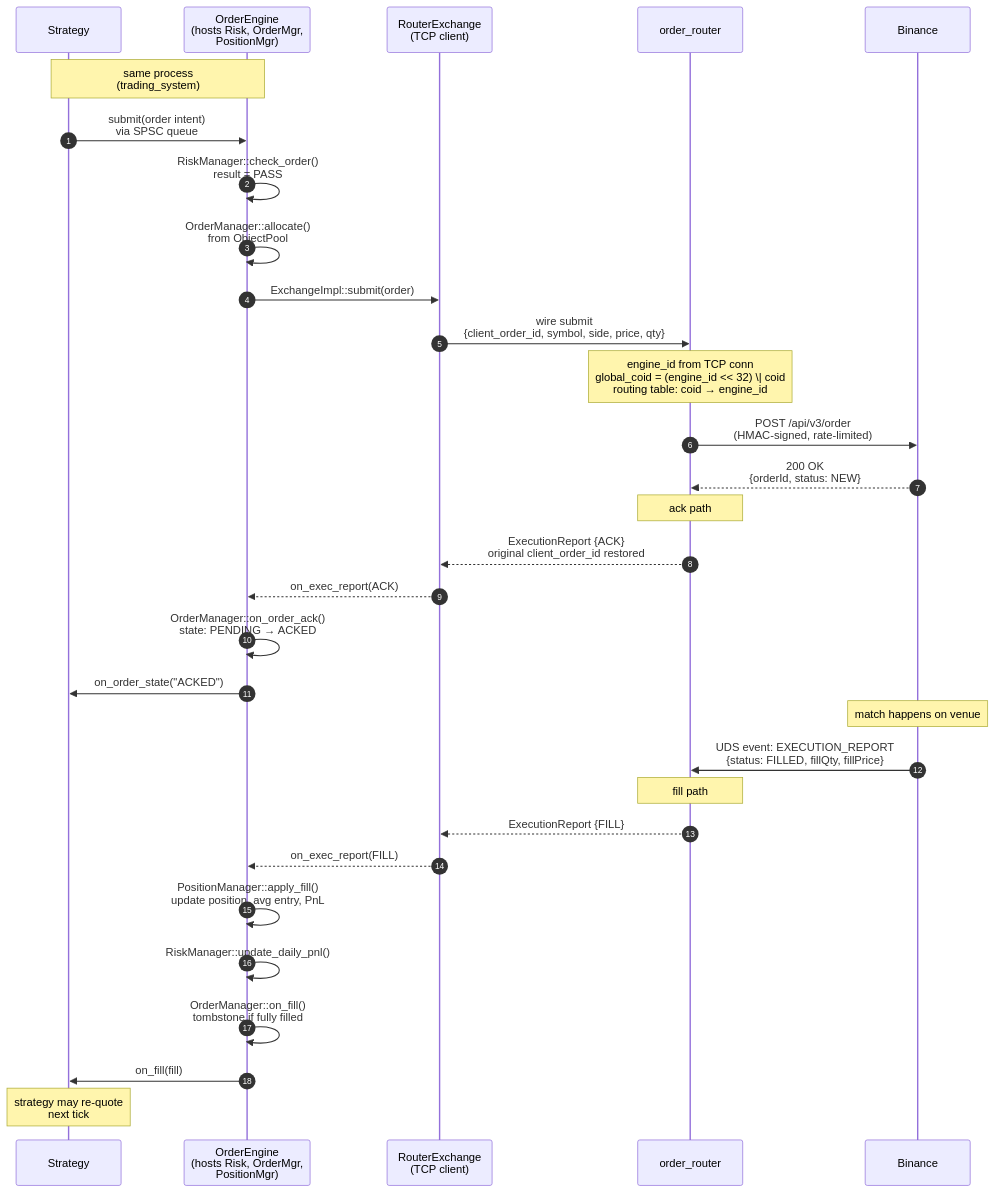
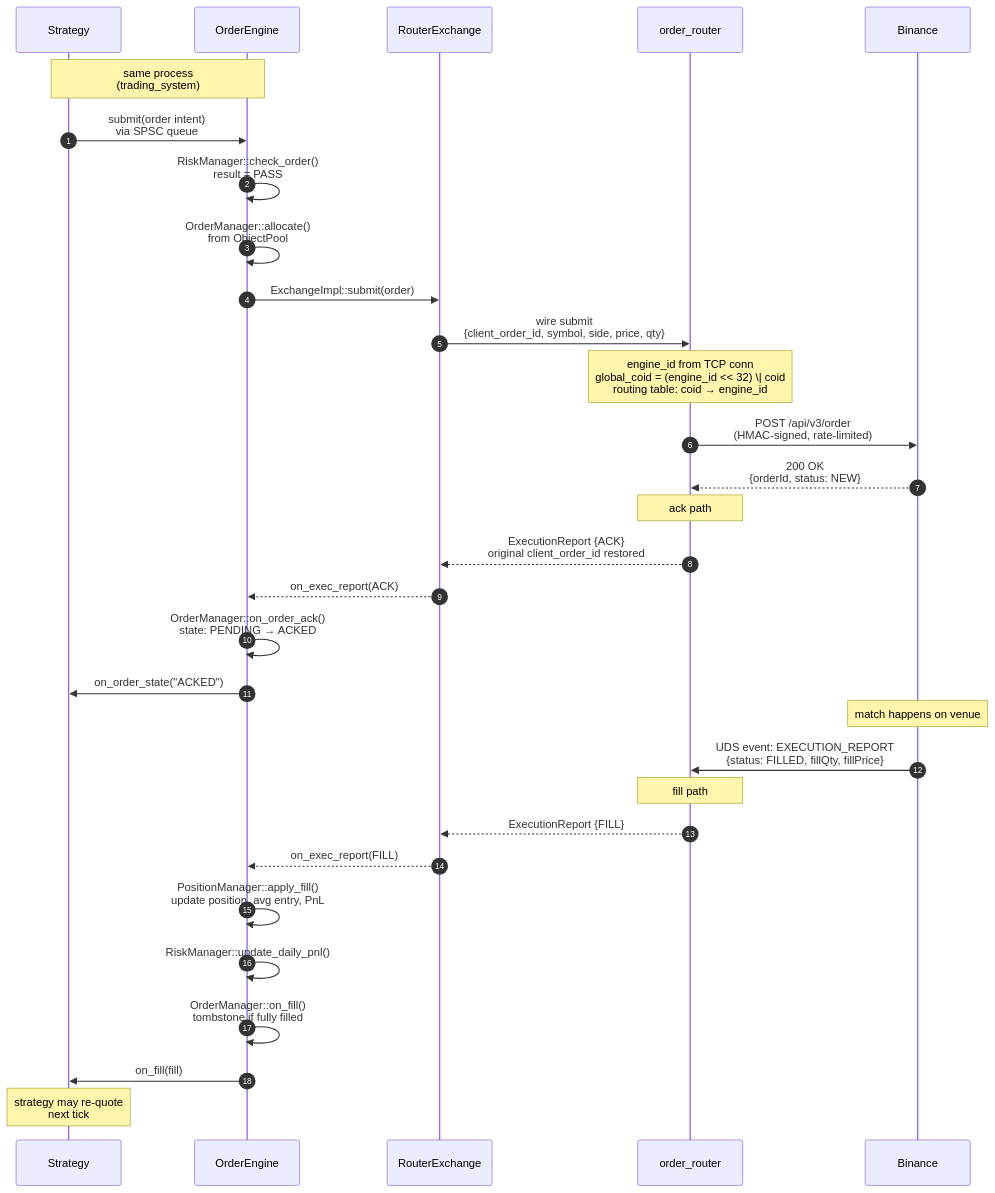
One commit to sardis-trading/trading-architecture changed the diagram in 03-flows/order-lifecycle.md. Above: the diagram before and after it, drawn with Mermaid. The commit also changed 3 other files, not shown here.

````diff
--- a/03-flows/order-lifecycle.md
+++ b/03-flows/order-lifecycle.md
@@ -9,37 +9,37 @@
 ```mermaid
 sequenceDiagram
     autonumber
     participant S as Strategy
-    participant OE as OrderEngine<br/>(hosts Risk, OrderMgr,<br/>PositionMgr)
-    participant RX as RouterExchange<br/>(TCP client)
+    participant OE as OrderEngine
+    participant RX as RouterExchange
     participant OR as order_router
     participant Bin as Binance
 
     Note over S,OE: same process<br/>(trading_system)
 
     S->>OE: submit(order intent)<br/>via SPSC queue
     OE->>OE: RiskManager::check_order()<br/>result = PASS
     OE->>OE: OrderManager::allocate()<br/>from ObjectPool
     OE->>RX: ExchangeImpl::submit(order)
     RX->>OR: wire submit<br/>{client_order_id, symbol, side, price, qty}
     Note over OR: engine_id from TCP conn<br/>global_coid = (engine_id << 32) \| coid<br/>routing table: coid → engine_id
     OR->>Bin: POST /api/v3/order<br/>(HMAC-signed, rate-limited)
     Bin-->>OR: 200 OK<br/>{orderId, status: NEW}
     Note over OR: ack path
     OR-->>RX: ExecutionReport {ACK}<br/>original client_order_id restored
     RX-->>OE: on_exec_report(ACK)
     OE->>OE: OrderManager::on_order_ack()<br/>state: PENDING → ACKED
     OE->>S: on_order_state("ACKED")
 
     Note over Bin: match happens on venue
 
     Bin->>OR: UDS event: EXECUTION_REPORT<br/>{status: FILLED, fillQty, fillPrice}
     Note over OR: fill path
     OR-->>RX: ExecutionReport {FILL}
     RX-->>OE: on_exec_report(FILL)
     OE->>OE: PositionManager::apply_fill()<br/>update position, avg entry, PnL
     OE->>OE: RiskManager::update_daily_pnl()
     OE->>OE: OrderManager::on_fill()<br/>tombstone if fully filled
     OE->>S: on_fill(fill)
     Note over S: strategy may re-quote<br/>next tick
 ```
````
